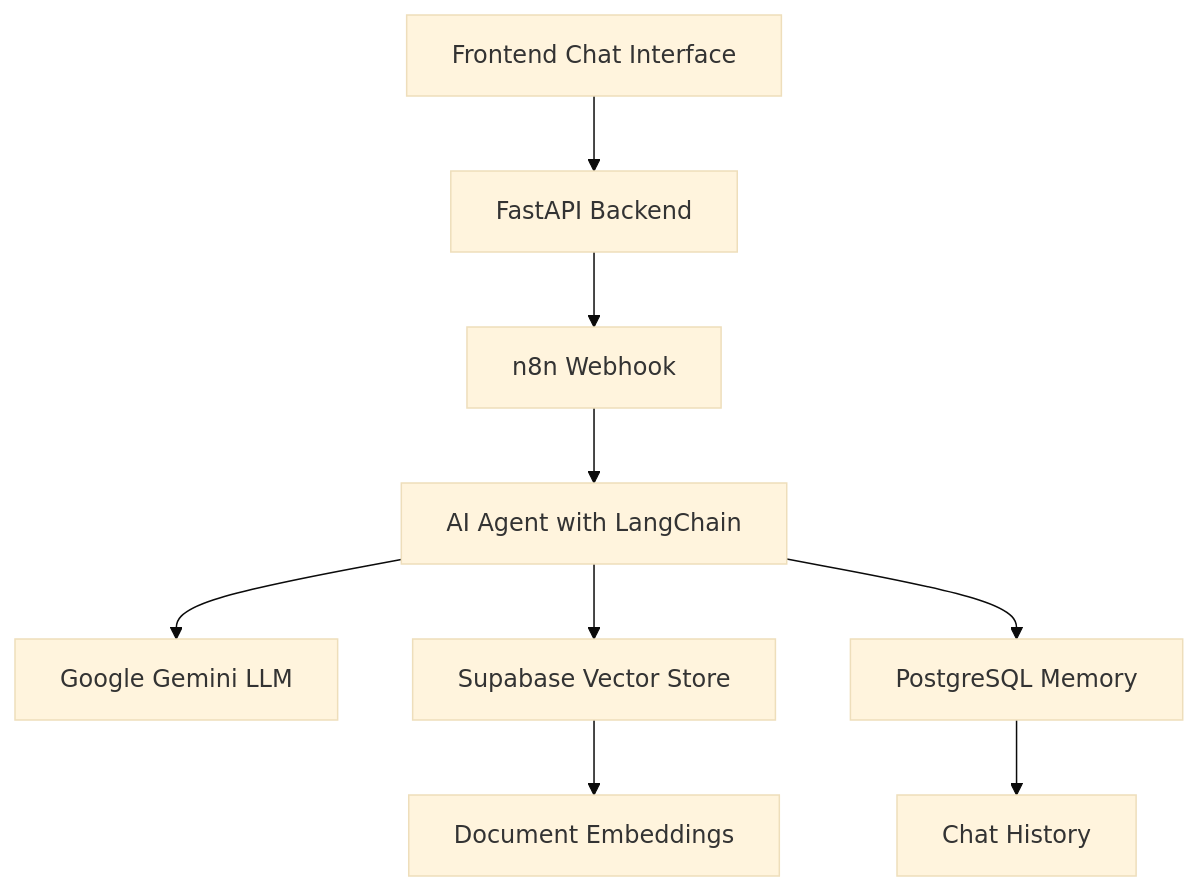
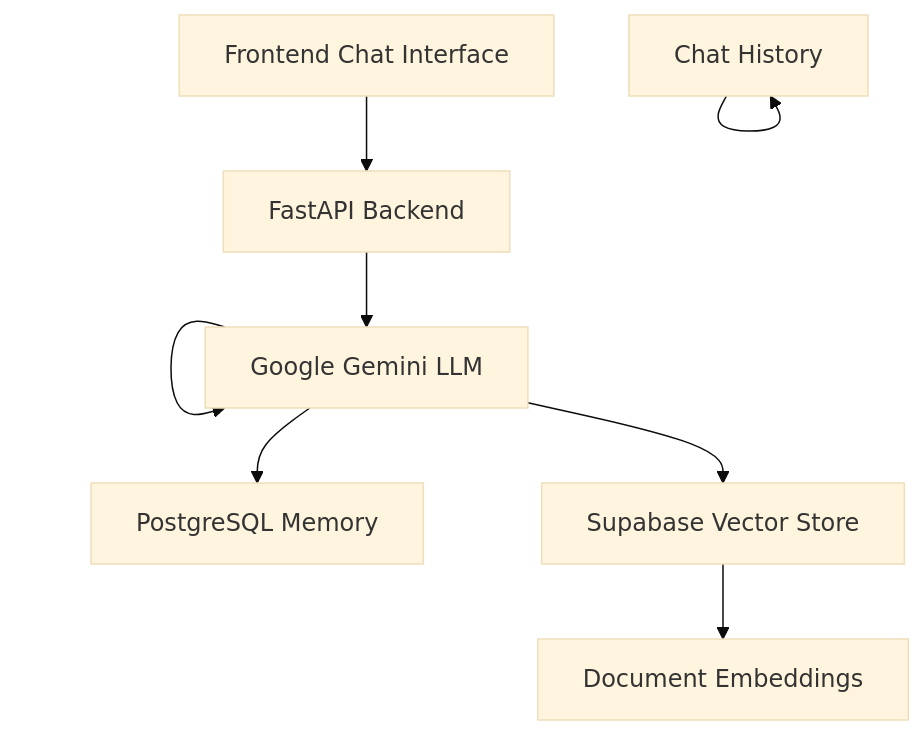
Before and after one commit to TechnoMachiene/Aizonix_Rag_App: the diagram in README.md, drawn with Mermaid (base theme).

````diff
--- a/README.md
+++ b/README.md
@@ -17,11 +17,10 @@
 ```mermaid
 graph TB
     A[Frontend Chat Interface] --> B[FastAPI Backend]
     B --> C[n8n Webhook]
-    C --> D[AI Agent with LangChain]
-    D --> E[Google Gemini LLM]
-    D --> F[Supabase Vector Store]
-    D --> G[PostgreSQL Memory]
-    F --> H[Document Embeddings]
-    G --> I[Chat History]
+    C --> C[Google Gemini LLM]
+    C --> D[Supabase Vector Store]
+    C --> I[PostgreSQL Memory]
+    D --> d[Document Embeddings]
+    E --> E[Chat History]
 ```
````
